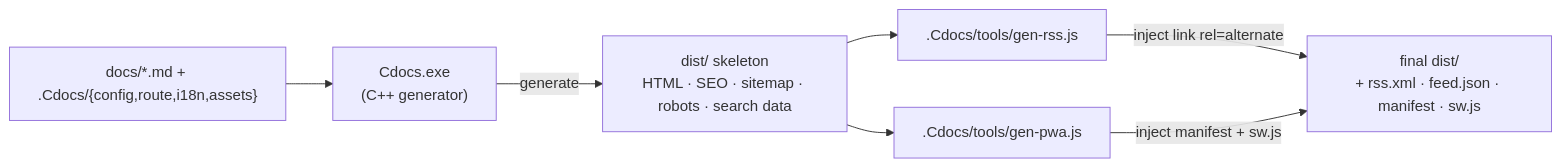
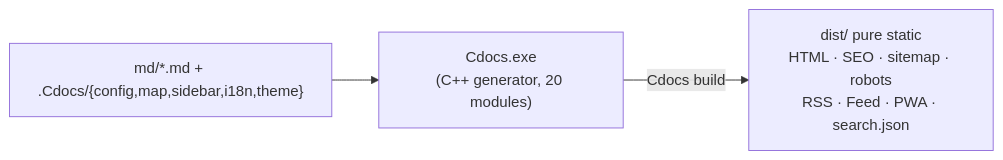
Before and after one commit to Cnkrru/Cdocs: the diagram in md/docs/generator/pipeline.en.md, drawn with Mermaid. The commit also changed other lines of this file and 17 other files, not shown here.

````diff
--- a/md/docs/generator/pipeline.en.md
+++ b/md/docs/generator/pipeline.en.md
@@ -7,16 +7,9 @@
 ```mermaid
 flowchart LR
-  SRC["docs/*.md + .Cdocs/{config,route,i18n,assets}"]
-  EXE["Cdocs.exe<br/>(C++ generator)"]
-  GEN["dist/ skeleton<br/>HTML · SEO · sitemap · robots · search data"]
-  RSS[".Cdocs/tools/gen-rss.js"]
-  PWA[".Cdocs/tools/gen-pwa.js"]
-  OUT["final dist/<br/>+ rss.xml · feed.json · manifest · sw.js"]
+  SRC["md/*.md + .Cdocs/{config,map,sidebar,i18n,theme}"]
+  EXE["Cdocs.exe<br/>(C++ generator, 20 modules)"]
+  OUT["dist/ pure static<br/>HTML · SEO · sitemap · robots<br/>RSS · Feed · PWA · search.json"]
 
   SRC --> EXE
-  EXE -->|generate| GEN
-  GEN --> RSS
-  GEN --> PWA
-  RSS -->|inject link rel=alternate| OUT
-  PWA -->|inject manifest + sw.js| OUT
+  EXE -->|Cdocs build| OUT
 ```
````
